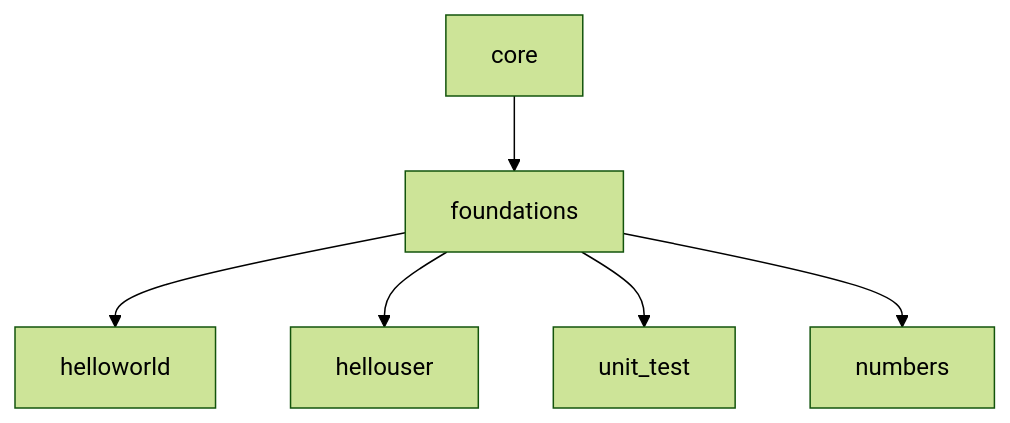
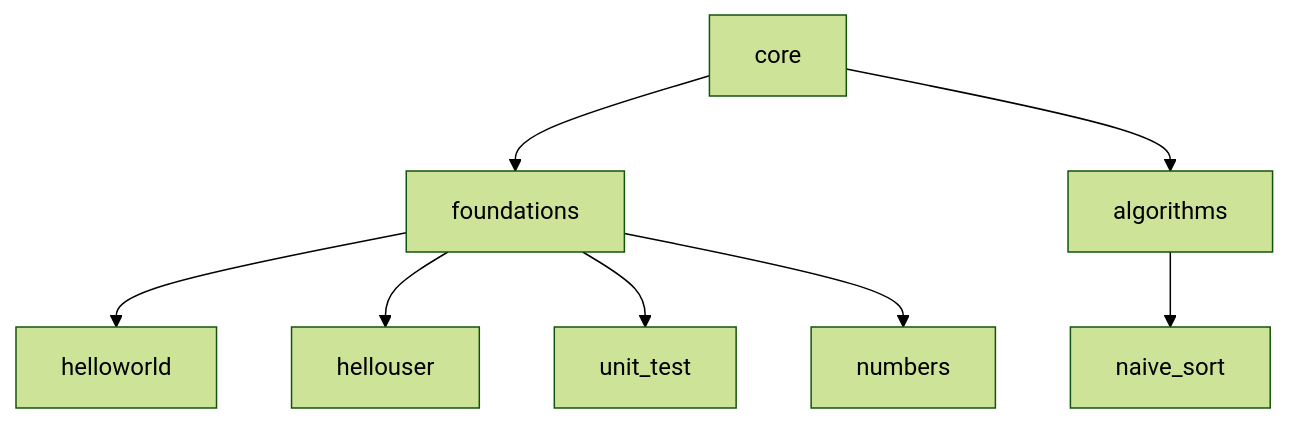
The diagram in core/README.md (yorche3/elm), drawn with Mermaid (forest theme) before and after one commit. The commit also changed other lines of this file and 2 other files, not shown here.

Commit message:
docs(algorithms): add README for algorithms and update idexes

````diff
--- a/core/README.md
+++ b/core/README.md
@@ -21,8 +22,10 @@
 ```mermaid
 graph TD
     core --> foundations
+    core --> algorithms
     foundations --> helloworld
     foundations --> hellouser
     foundations --> unit_test
     foundations --> numbers
+    algorithms --> naive_sort
 ```
````
